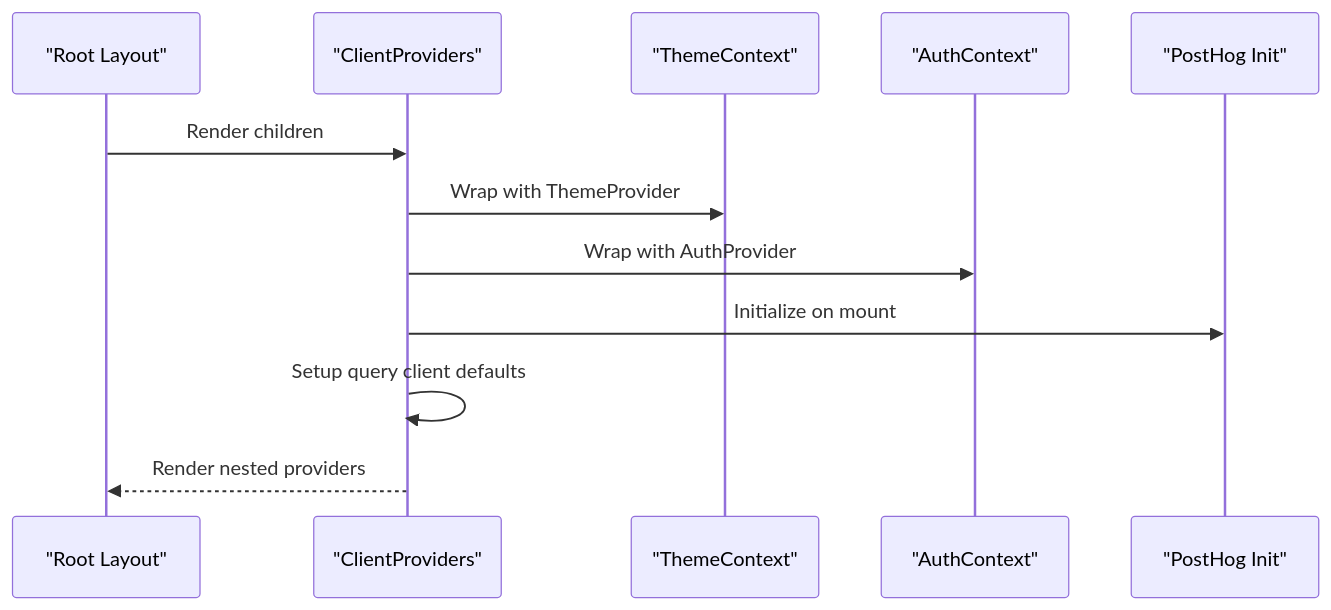
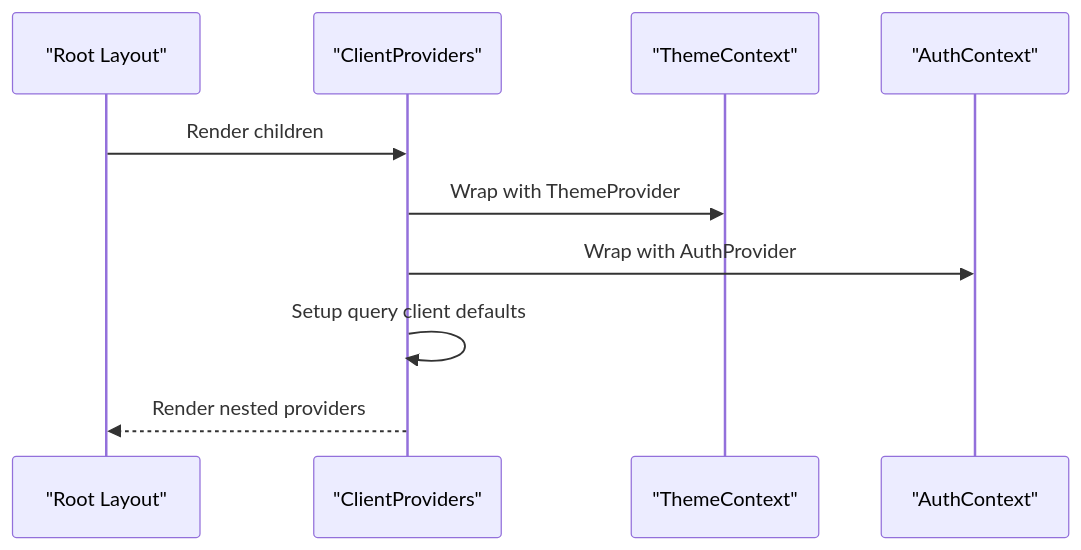
One commit to rohitkumarnaidu/ScholarFormAI changed the fourth of 11 diagrams in .docs/content/Frontend Development/Next.js Application Structure.md. Above: the diagram before and after it, drawn with Mermaid. The commit also changed other lines of this file and 9 other files, not shown here.

````diff
--- a/.docs/content/Frontend Development/Next.js Application Structure.md
+++ b/.docs/content/Frontend Development/Next.js Application Structure.md
@@ -187,14 +187,12 @@
 ```mermaid
 sequenceDiagram
 participant Root as "Root Layout"
 participant Providers as "ClientProviders"
 participant Theme as "ThemeContext"
 participant Auth as "AuthContext"
-participant PostHog as "PostHog Init"
 Root->>Providers : Render children
 Providers->>Theme : Wrap with ThemeProvider
 Providers->>Auth : Wrap with AuthProvider
-Providers->>PostHog : Initialize on mount
 Providers->>Providers : Setup query client defaults
 Providers-->>Root : Render nested providers
 ```
````
